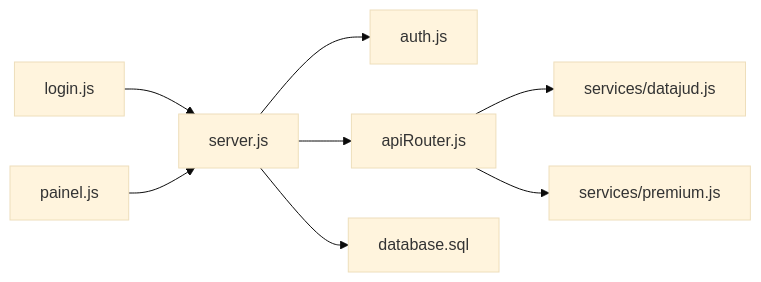
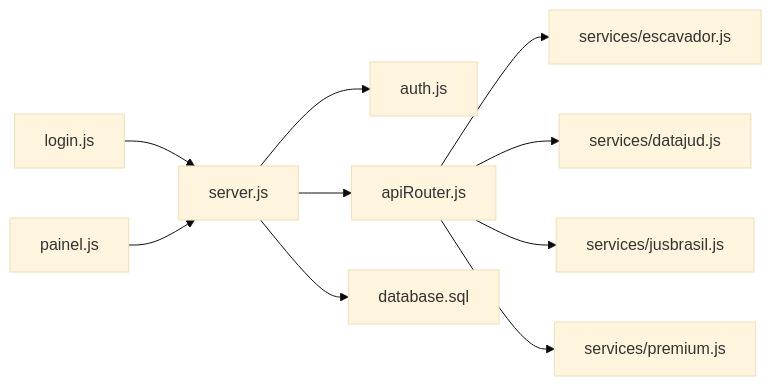
Before and after one commit to Alexandrexicara/bot-processos: the seventh of 8 diagrams in .qoder/repowiki/en/content/Frontend Interface/Frontend Interface.md, drawn with Mermaid (base theme). The commit also changed other lines of this file and 10 other files, not shown here.

````diff
--- a/.qoder/repowiki/en/content/Frontend Interface/Frontend Interface.md
+++ b/.qoder/repowiki/en/content/Frontend Interface/Frontend Interface.md
@@ -375,10 +457,12 @@
 ```mermaid
 graph LR
 LJS["login.js"] --> S["server.js"]
 PJS["painel.js"] --> S
 S --> A["auth.js"]
 S --> AR["apiRouter.js"]
+AR --> ES["services/escavador.js"]
 AR --> DJ["services/datajud.js"]
+AR --> JB["services/jusbrasil.js"]
 AR --> PR["services/premium.js"]
 S --> DB["database.sql"]
 ```
````
